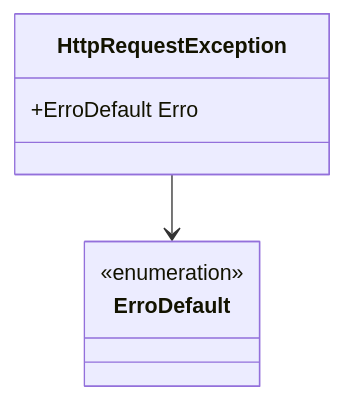
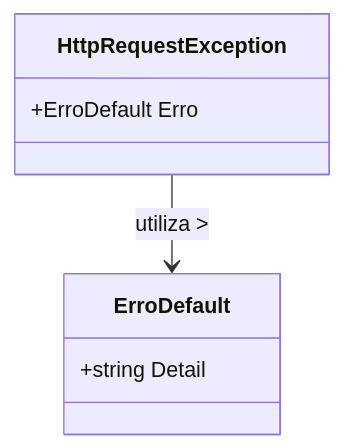
One commit to IsthmusSistemas/documentacao-tecnica changed the diagram in docs/b2b-dominio/IsthmusWinthor.Nucleo/IsthmusWinthor.Dominio/Exceptions/HttpRequestException.md. Above: the diagram before and after it, drawn with Mermaid. The commit also changed other lines of this file and 882 other files, not shown here.

````diff
--- a/docs/b2b-dominio/IsthmusWinthor.Nucleo/IsthmusWinthor.Dominio/Exceptions/HttpRequestException.md
+++ b/docs/b2b-dominio/IsthmusWinthor.Nucleo/IsthmusWinthor.Dominio/Exceptions/HttpRequestException.md
@@ -34,12 +33,12 @@
 ```mermaid
 classDiagram
     class HttpRequestException {
         +ErroDefault Erro
     }
 
     class ErroDefault {
-        <<enumeration>>
+        +string Detail
     }
 
-    HttpRequestException --> ErroDefault
+    HttpRequestException --> ErroDefault : utiliza >
 ```
````
